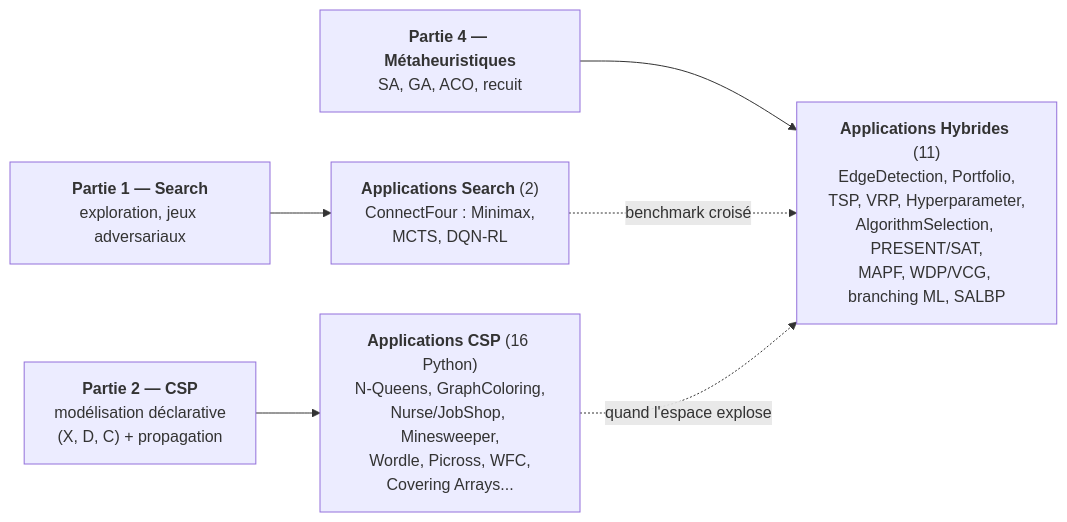
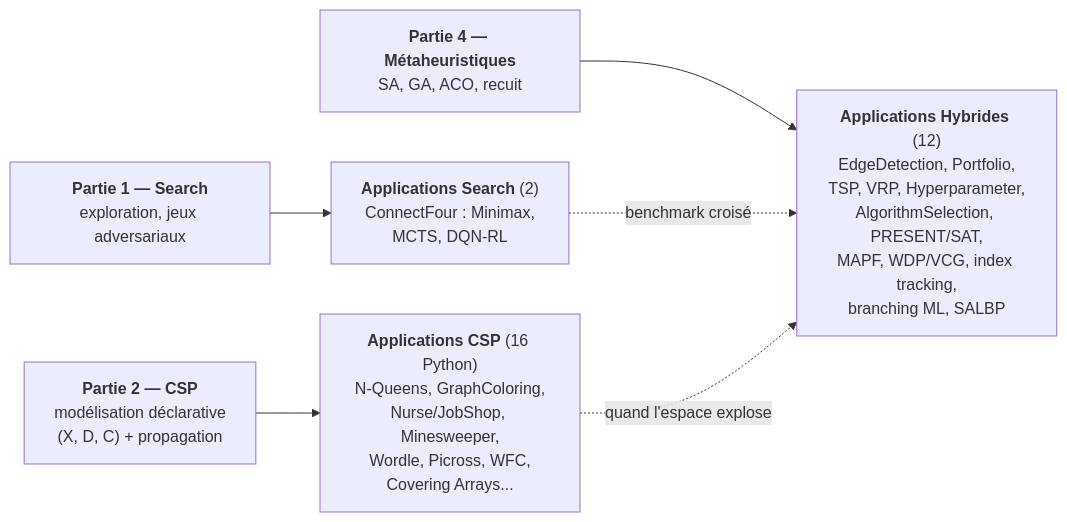
The diagram in MyIA.AI.Notebooks/Search/Applications/README.md (jsboige/CoursIA), drawn with Mermaid before and after one commit. The commit also changed other lines of this file and 4 other files, not shown here.

First line of the commit message:
feat(search): distill M2 sparse index tracking walk-forward (#14046)

````diff
--- a/MyIA.AI.Notebooks/Search/Applications/README.md
+++ b/MyIA.AI.Notebooks/Search/Applications/README.md
@@ -38,14 +38,14 @@
 ```mermaid
 flowchart LR
     P1["<b>Partie 1 — Search</b><br/>exploration, jeux adversariaux"]
     P2["<b>Partie 2 — CSP</b><br/>modélisation déclarative<br/>(X, D, C) + propagation"]
     P4["<b>Partie 4 — Métaheuristiques</b><br/>SA, GA, ACO, recuit"]
     S["<b>Applications Search</b> (2)<br/>ConnectFour : Minimax,<br/>MCTS, DQN-RL"]
     C["<b>Applications CSP</b> (16 Python)<br/>N-Queens, GraphColoring,<br/>Nurse/JobShop, Minesweeper,<br/>Wordle, Picross, WFC,<br/>Covering Arrays..."]
-    H["<b>Applications Hybrides</b> (11)<br/>EdgeDetection, Portfolio,<br/>TSP, VRP, Hyperparameter,<br/>AlgorithmSelection, PRESENT/SAT,<br/>MAPF, WDP/VCG, branching ML, SALBP"]
+    H["<b>Applications Hybrides</b> (12)<br/>EdgeDetection, Portfolio,<br/>TSP, VRP, Hyperparameter,<br/>AlgorithmSelection, PRESENT/SAT,<br/>MAPF, WDP/VCG, index tracking,<br/>branching ML, SALBP"]
     P1 --> S
     P2 --> C
     P4 --> H
     S -.->|"benchmark croisé"| H
     C -.->|"quand l'espace explose"| H
 ```
````
